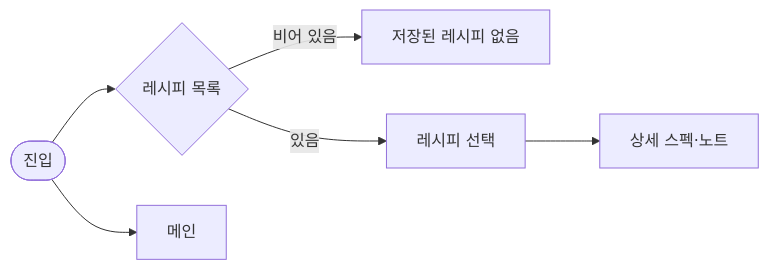
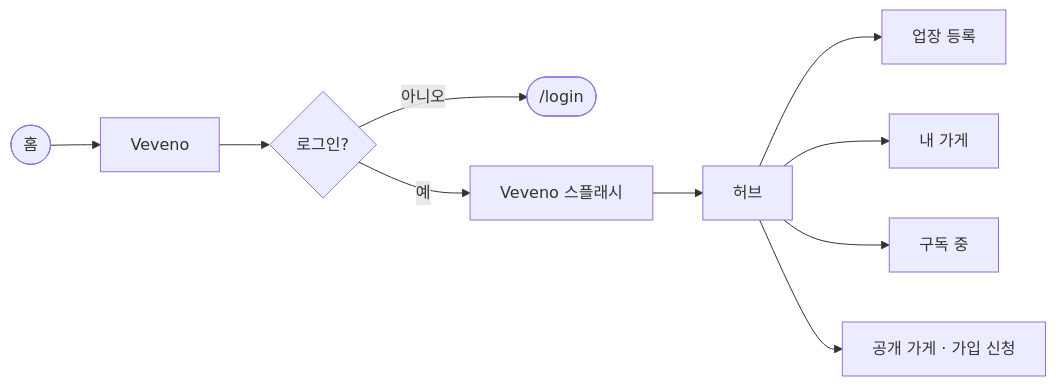
One commit to ohdeg/PBB changed the tenth of 16 diagrams in docs/PBB-유저-흐름도.md. Above: the diagram before and after it, drawn with Mermaid. The commit also changed other lines of this file and 178 other files, not shown here.

````diff
--- a/docs/PBB-유저-흐름도.md
+++ b/docs/PBB-유저-흐름도.md
@@ -170,8 +179,12 @@
 ```mermaid
 flowchart LR
-    enter([진입]) --> list{레시피 목록}
-    list -->|"비어 있음"| empty[저장된 레시피 없음]
-    list -->|"있음"| select[레시피 선택]
-    select --> detail[상세 스펙·노트]
-    enter --> back[메인]
+    home([홈]) --> brew[Veveno]
+    brew --> auth{로그인?}
+    auth -->|"아니오"| login([/login])
+    auth -->|"예"| splash[Veveno 스플래시]
+    splash --> hub[허브]
+    hub --> register[업장 등록]
+    hub --> myStores[내 가게]
+    hub --> subs[구독 중]
+    hub --> public[공개 가게 · 가입 신청]
 ```
````
